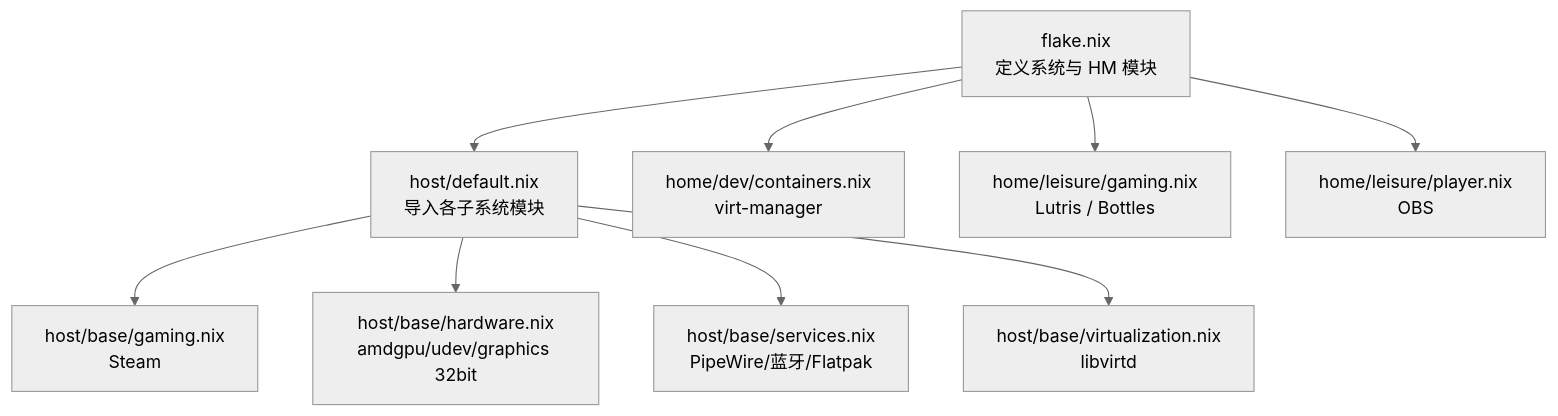
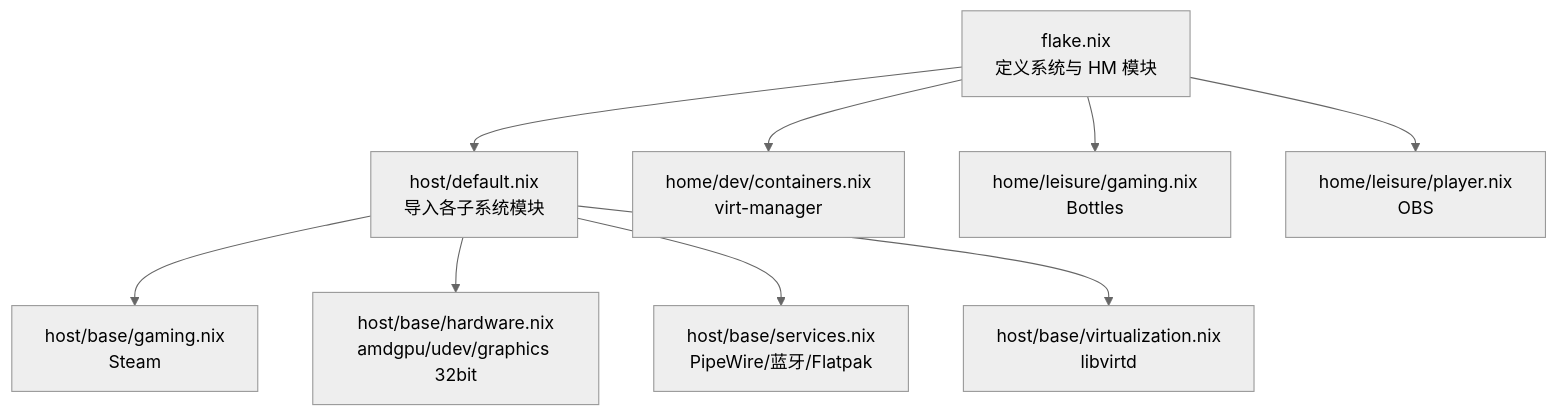
The diagram in wiki/leisure/gaming.md (Shangshui0302/myNixOSConfig), drawn with Mermaid (neutral theme) before and after one commit. The commit also changed other lines of this file and 5 other files, not shown here.

````diff
--- a/wiki/leisure/gaming.md
+++ b/wiki/leisure/gaming.md
@@ -14,11 +14,11 @@
 ```mermaid
 graph TB
 A["flake.nix<br/>定义系统与 HM 模块"] --> B["host/default.nix<br/>导入各子系统模块"]
 B --> C["host/base/gaming.nix<br/>Steam"]
 B --> D["host/base/hardware.nix<br/>amdgpu/udev/graphics 32bit"]
 B --> E["host/base/services.nix<br/>PipeWire/蓝牙/Flatpak"]
 B --> V["host/base/virtualization.nix<br/>libvirtd"]
 A --> F["home/dev/containers.nix<br/>virt-manager"]
-A --> G["home/leisure/gaming.nix<br/>Lutris / Bottles"]
+A --> G["home/leisure/gaming.nix<br/>Bottles"]
 A --> H["home/leisure/player.nix<br/>OBS"]
 ```
````
